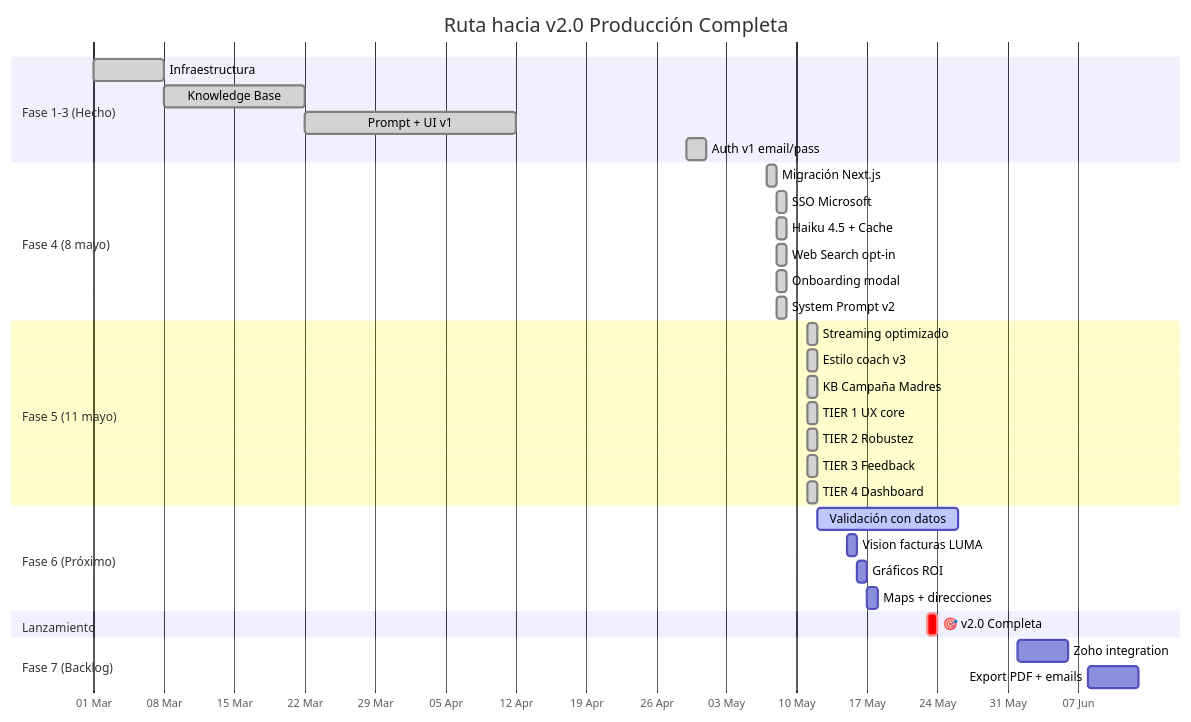
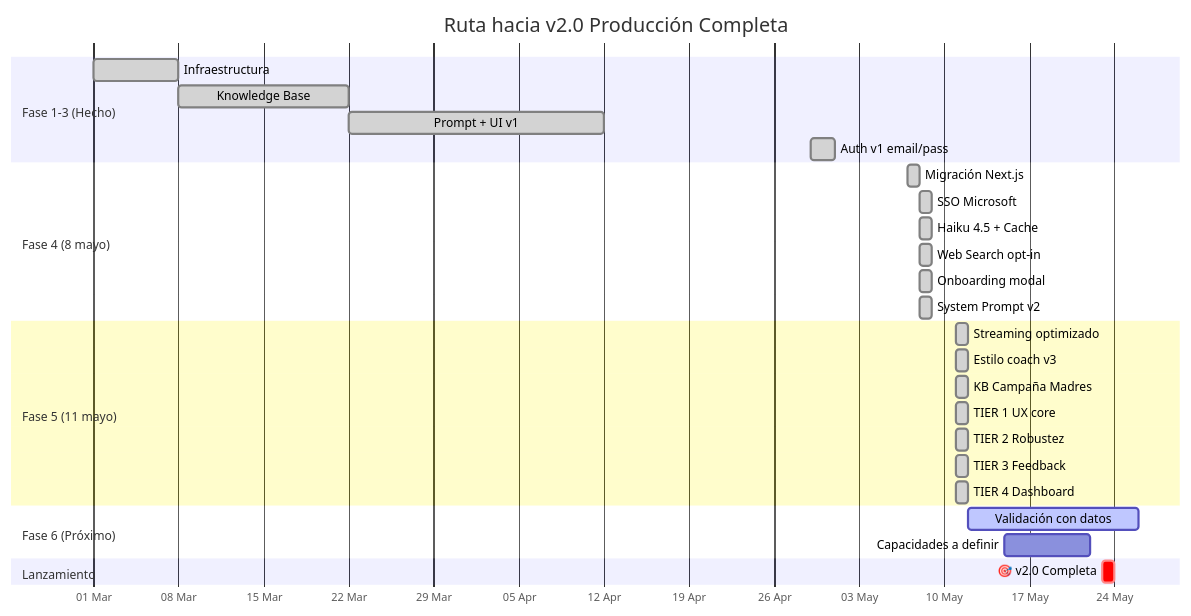
The ninth of 10 diagrams in ROADMAP.md (JnSbstnRivera/WINDMAR-AI-AGENT), drawn with Mermaid before and after one commit. The commit also changed other lines of this file, not shown here.

First line of the commit message:
docs: ROADMAP v4 — cierre del 11 mayo + capacidades futuras en blanco

````diff
--- a/ROADMAP.md
+++ b/ROADMAP.md
@@ -259,42 +251,36 @@
 ```mermaid
 gantt
     title Ruta hacia v2.0 Producción Completa
     dateFormat YYYY-MM-DD
     axisFormat %d %b
 
     section Fase 1-3 (Hecho)
     Infraestructura      :done,    a1, 2026-03-01, 7d
     Knowledge Base       :done,    b1, 2026-03-08, 14d
     Prompt + UI v1       :done,    c1, 2026-03-22, 21d
     Auth v1 email/pass   :done,    h1, 2026-04-29, 2d
 
     section Fase 4 (8 mayo)
     Migración Next.js    :done,    i1, 2026-05-07, 1d
     SSO Microsoft        :done,    i3, 2026-05-08, 1d
     Haiku 4.5 + Cache    :done,    j1, 2026-05-08, 1d
     Web Search opt-in    :done,    j2, 2026-05-08, 1d
     Onboarding modal     :done,    k1, 2026-05-08, 1d
     System Prompt v2     :done,    c2, 2026-05-08, 1d
 
     section Fase 5 (11 mayo)
     Streaming optimizado :done,    l1, 2026-05-11, 1d
     Estilo coach v3      :done,    l2, 2026-05-11, 1d
     KB Campaña Madres    :done,    l3, 2026-05-11, 1d
     TIER 1 UX core       :done,    l4, 2026-05-11, 1d
     TIER 2 Robustez      :done,    l5, 2026-05-11, 1d
     TIER 3 Feedback      :done,    l6, 2026-05-11, 1d
     TIER 4 Dashboard     :done,    l7, 2026-05-11, 1d
 
     section Fase 6 (Próximo)
     Validación con datos :active,  e1, 2026-05-12, 14d
-    Vision facturas LUMA :         f1, 2026-05-15, 1d
-    Gráficos ROI         :         f2, 2026-05-16, 1d
-    Maps + direcciones   :         f3, 2026-05-17, 1d
+    Capacidades a definir:         f1, 2026-05-15, 7d
 
     section Lanzamiento
     🎯 v2.0 Completa     :crit,    v1, 2026-05-23, 1d
-
-    section Fase 7 (Backlog)
-    Zoho integration     :         g1, 2026-06-01, 5d
-    Export PDF + emails  :         g2, 2026-06-08, 5d
 ```
````
